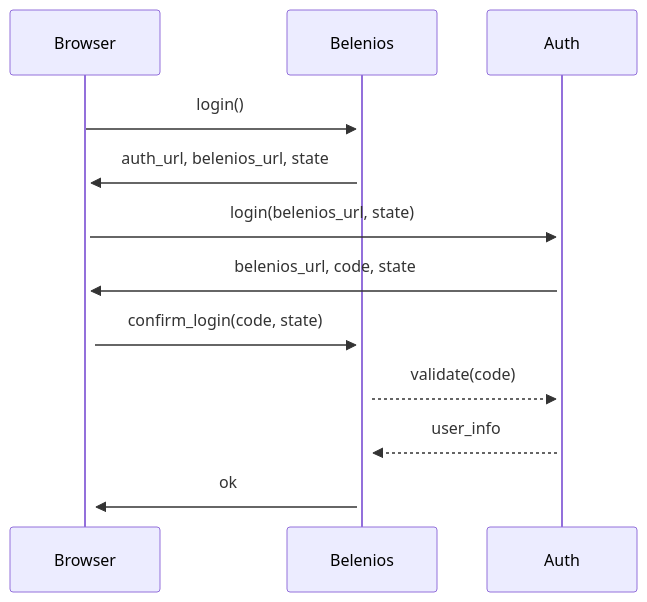
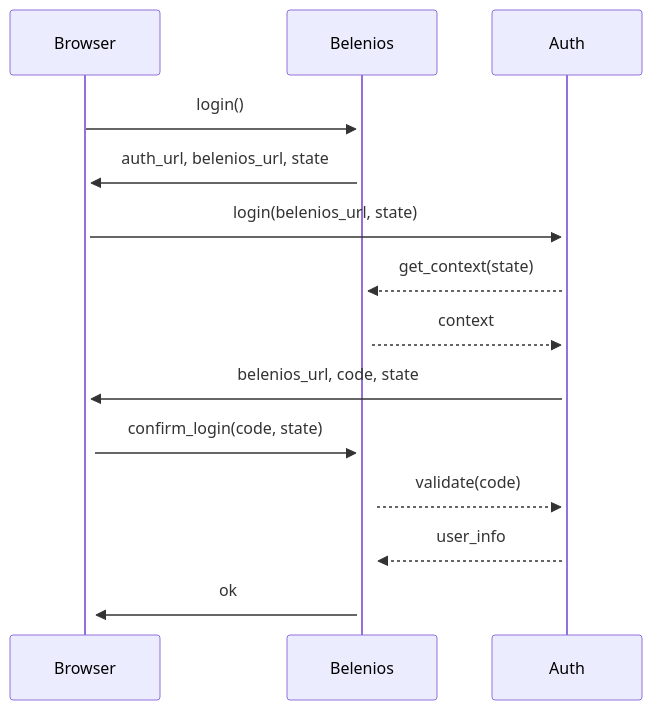
One commit to glondu/belenios changed the first of 3 diagrams in doc/auth.md. Above: the diagram before and after it, drawn with Mermaid. The commit also changed other lines of this file and 7 other files, not shown here.

Commit message:
Add support for a get_context RPC in Belenios Connect

````diff
--- a/doc/auth.md
+++ b/doc/auth.md
@@ -31,11 +31,13 @@
 ```mermaid
 sequenceDiagram
     Browser->>+Belenios: login()
     Belenios->>+Browser: auth_url, belenios_url, state
     Browser->>+Auth: login(belenios_url, state)
+    Auth-->>+Belenios: get_context(state)
+    Belenios-->>+Auth: context
     Auth->>+Browser: belenios_url, code, state
     Browser->>+Belenios: confirm_login(code, state)
     Belenios-->>+Auth: validate(code)
     Auth-->>+Belenios: user_info
     Belenios->>+Browser: ok
 ```
````
